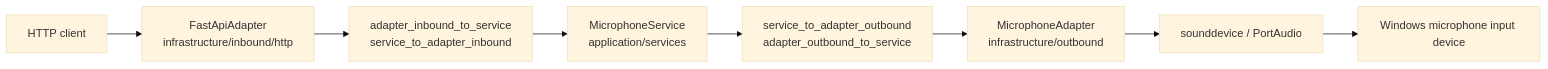
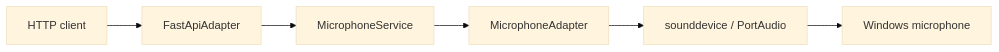
The diagram in README.md (DanielCalvo-Calvicia/microphone_microservice), drawn with Mermaid (base theme) before and after one commit. The commit also changed other lines of this file and 17 other files, not shown here.

````diff
--- a/README.md
+++ b/README.md
@@ -89,10 +181,8 @@
 ```mermaid
 flowchart LR
-    Client["HTTP client"] --> FastAPIAdapter["FastApiAdapter\ninfrastructure/inbound/http"]
-    FastAPIAdapter --> InboundMappers["adapter_inbound_to_service\nservice_to_adapter_inbound"]
-    InboundMappers --> Service["MicrophoneService\napplication/services"]
-    Service --> OutboundMappers["service_to_adapter_outbound\nadapter_outbound_to_service"]
-    OutboundMappers --> SoundDeviceAdapter["MicrophoneAdapter\ninfrastructure/outbound"]
-    SoundDeviceAdapter --> PortAudio["sounddevice / PortAudio"]
-    PortAudio --> Hardware["Windows microphone input device"]
+    Client["HTTP client"] --> Inbound["FastApiAdapter"]
+    Inbound --> Service["MicrophoneService"]
+    Service --> Outbound["MicrophoneAdapter"]
+    Outbound --> SoundDevice["sounddevice / PortAudio"]
+    SoundDevice --> Mic["Windows microphone"]
 ```
````
